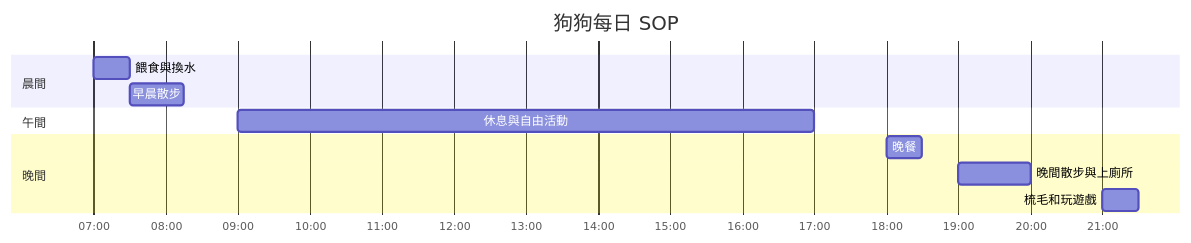
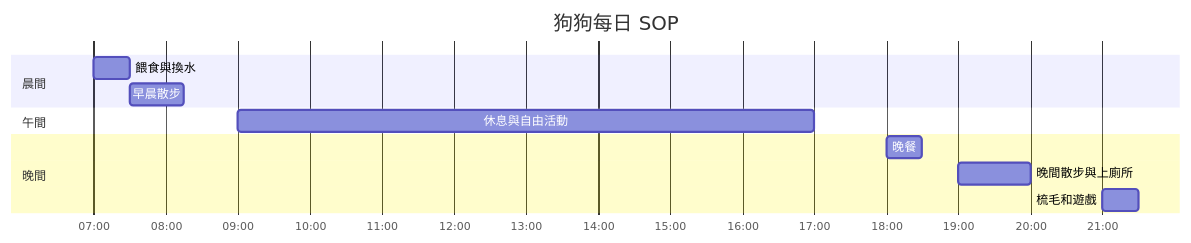
The first of 2 diagrams in README.md (poppyyyy2002/Dog-Care-SOP), drawn with Mermaid before and after one commit. The commit also changed other lines of this file, not shown here.

````diff
--- a/README.md
+++ b/README.md
@@ -19,15 +19,15 @@
 ```mermaid
 gantt
     title 狗狗每日 SOP
     dateFormat  HH:mm
     axisFormat  %H:%M
     section 晨間
     餵食與換水       :a1, 07:00, 30m
     早晨散步         :a2, 07:30, 45m
     section 午間
     休息與自由活動   :b1, 09:00, 8h
     section 晚間
     晚餐             :c1, 18:00, 30m
     晚間散步與上廁所   :c2, 19:00, 60m
-    梳毛和玩遊戲       :c3, 21:00, 30m
+    梳毛和遊戲       :c3, 21:00, 30m
 ```
````
